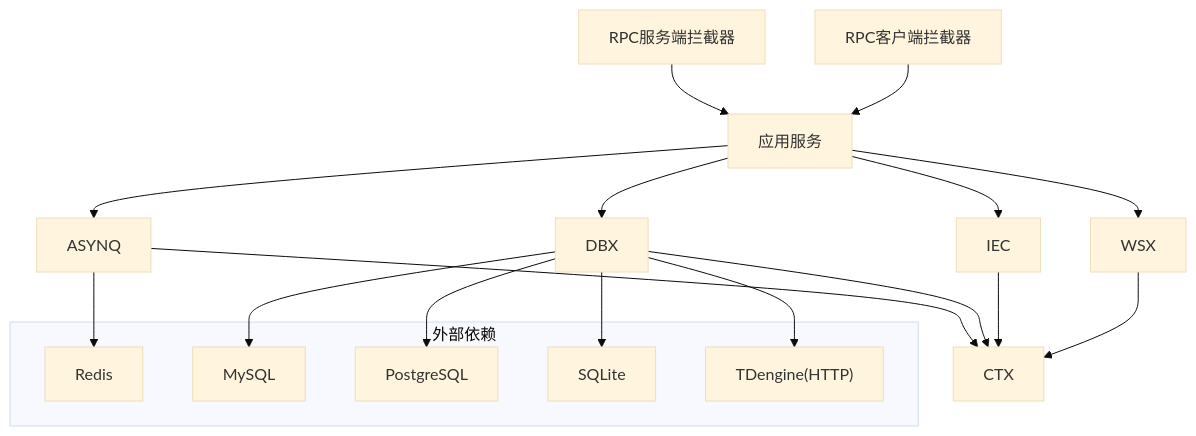
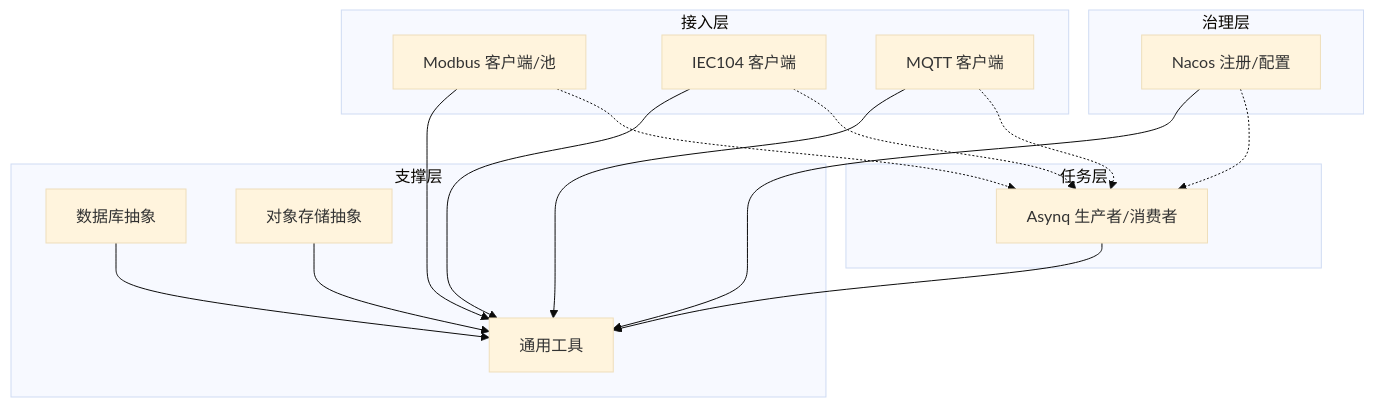
One commit to maomao94/zero-service changed the second of 9 diagrams in .qoder/repowiki/zh/content/公共组件库/公共组件库.md. Above: the diagram before and after it, drawn with Mermaid (base theme). The commit also changed other lines of this file and 362 other files, not shown here.

````diff
--- a/.qoder/repowiki/zh/content/公共组件库/公共组件库.md
+++ b/.qoder/repowiki/zh/content/公共组件库/公共组件库.md
@@ -139,25 +126,30 @@
 ```mermaid
 graph TB
-APP["应用服务"] --> WSX
-APP --> IEC
-APP --> DBX
-APP --> ASYNQ
-WSX --> CTX
-IEC --> CTX
-DBX --> CTX
-ASYNQ --> CTX
-INT_RPC["RPC客户端拦截器"] --> APP
-INT_SRV["RPC服务端拦截器"] --> APP
-subgraph "外部依赖"
-REDIS["Redis"]
-MYSQL["MySQL"]
-PG["PostgreSQL"]
-SQLITE["SQLite"]
-TD["TDengine(HTTP)"]
+subgraph "接入层"
+MOD["Modbus 客户端/池"]
+IEC["IEC104 客户端"]
+MQT["MQTT 客户端"]
 end
-ASYNQ --> REDIS
-DBX --> MYSQL
-DBX --> PG
-DBX --> SQLITE
-DBX --> TD
+subgraph "治理层"
+NAC["Nacos 注册/配置"]
+end
+subgraph "任务层"
+ASQ["Asynq 生产者/消费者"]
+end
+subgraph "支撑层"
+TOL["通用工具"]
+DBX["数据库抽象"]
+OSS["对象存储抽象"]
+end
+MOD --> TOL
+IEC --> TOL
+MQT --> TOL
+NAC --> TOL
+ASQ --> TOL
+DBX --> TOL
+OSS --> TOL
+MOD -.-> ASQ
+IEC -.-> ASQ
+MQT -.-> ASQ
+NAC -.-> ASQ
 ```
````
